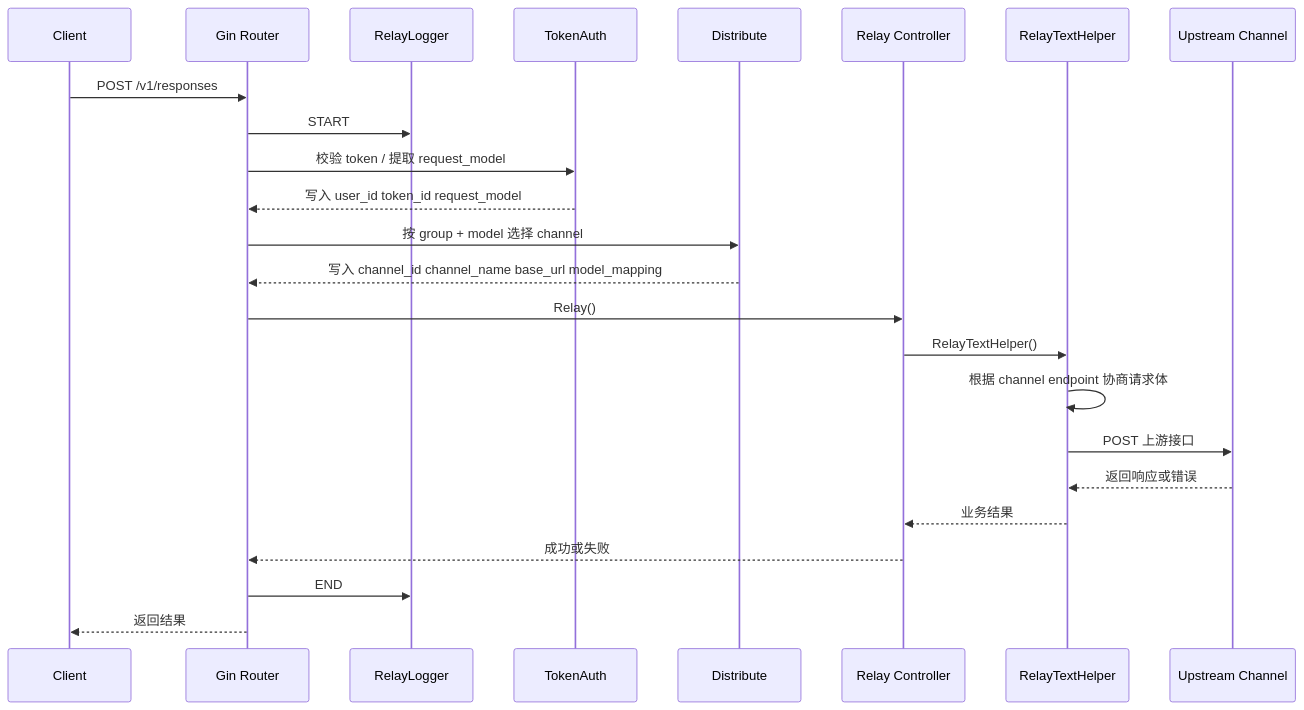
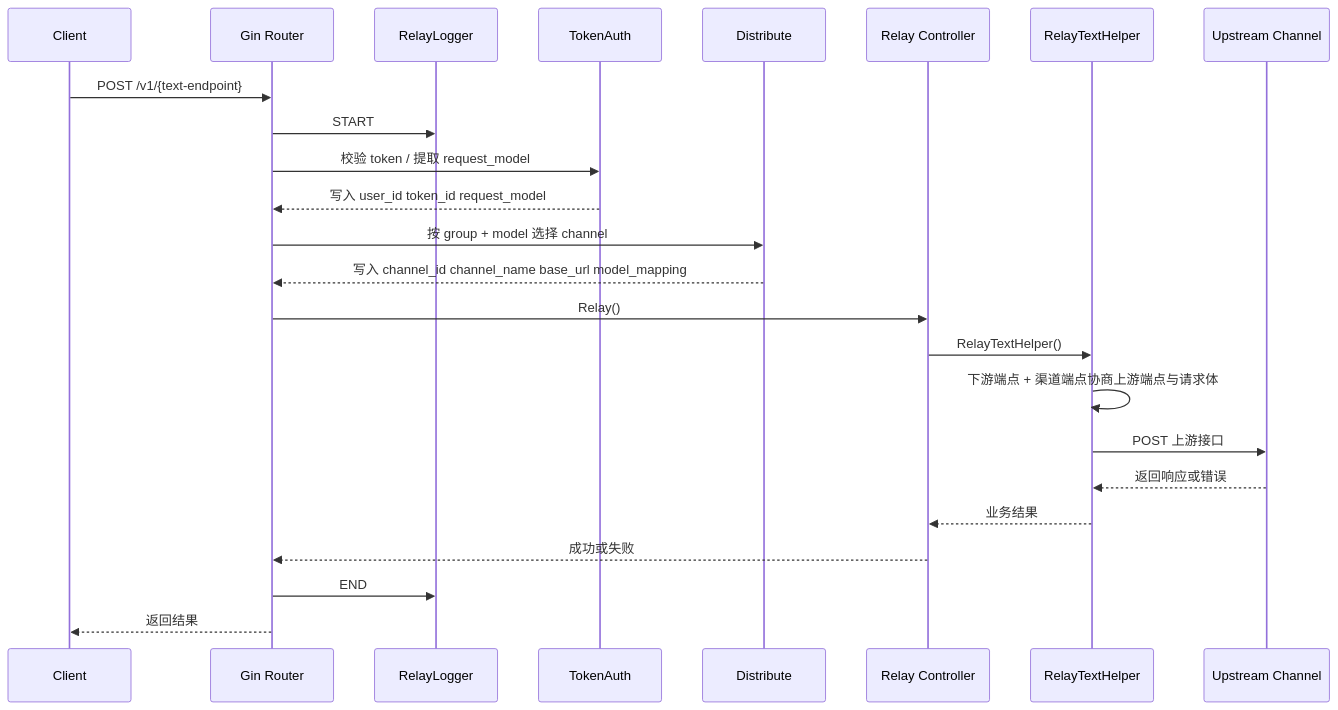
The second of 5 diagrams in docs/路由逻辑.md (dlwlrma-333/router), drawn with Mermaid before and after one commit. The commit also changed other lines of this file and 24 other files, not shown here.

````diff
--- a/docs/路由逻辑.md
+++ b/docs/路由逻辑.md
@@ -127,27 +127,27 @@
 ```mermaid
 sequenceDiagram
     participant Client as Client
     participant Router as Gin Router
     participant Log as RelayLogger
     participant Auth as TokenAuth
     participant Dist as Distribute
     participant Relay as Relay Controller
     participant Text as RelayTextHelper
     participant Upstream as Upstream Channel
 
-    Client->>Router: POST /v1/responses
+    Client->>Router: POST /v1/{text-endpoint}
     Router->>Log: START
     Router->>Auth: 校验 token / 提取 request_model
     Auth-->>Router: 写入 user_id token_id request_model
     Router->>Dist: 按 group + model 选择 channel
     Dist-->>Router: 写入 channel_id channel_name base_url model_mapping
     Router->>Relay: Relay()
     Relay->>Text: RelayTextHelper()
-    Text->>Text: 根据 channel endpoint 协商请求体
+    Text->>Text: 下游端点 + 渠道端点协商上游端点与请求体
     Text->>Upstream: POST 上游接口
     Upstream-->>Text: 返回响应或错误
     Text-->>Relay: 业务结果
     Relay-->>Router: 成功或失败
     Router->>Log: END
     Router-->>Client: 返回结果
 ```
````
